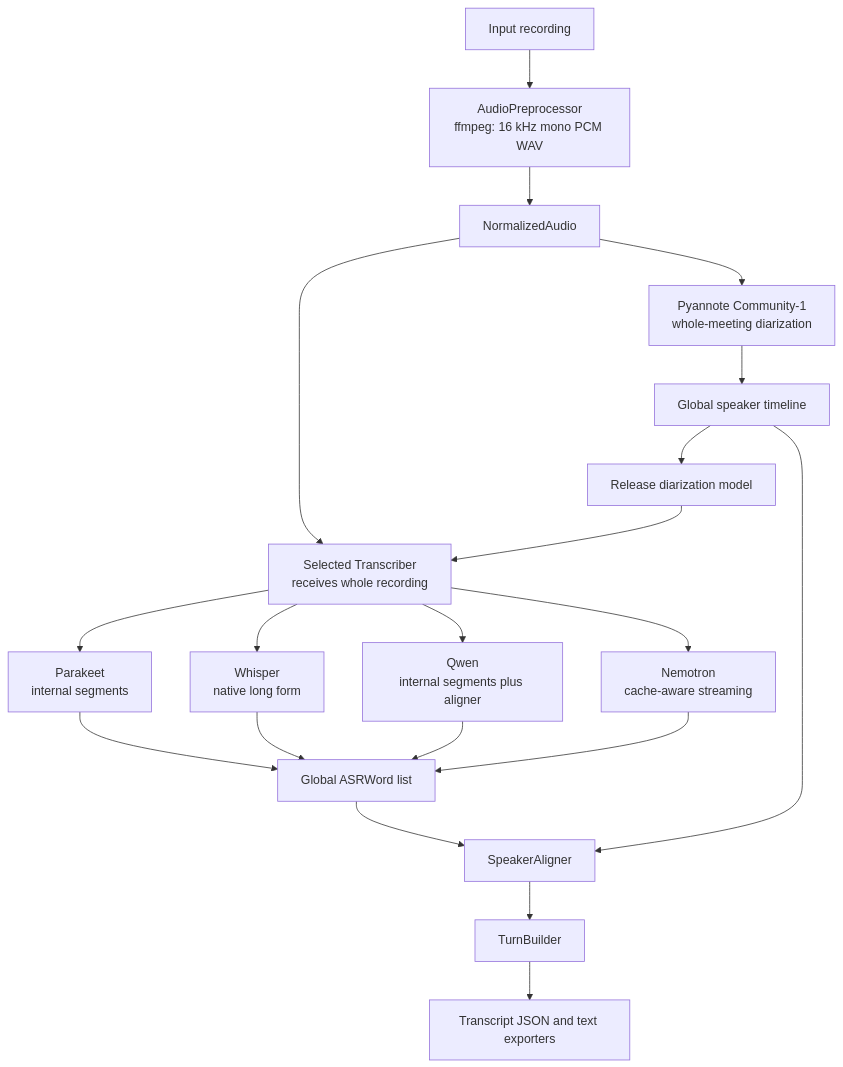
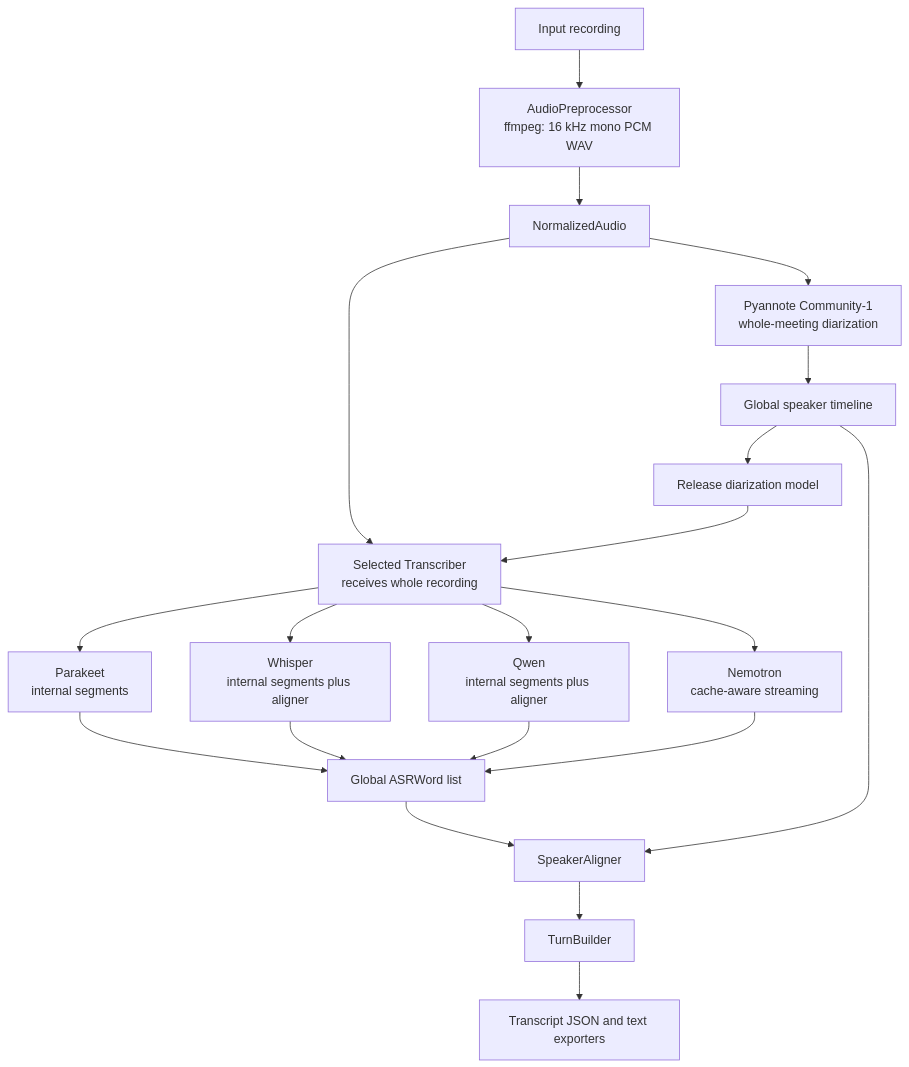
One commit to balex42/transcription-pipeline changed the diagram in README.md. Above: the diagram before and after it, drawn with Mermaid. The commit also changed other lines of this file and 11 other files, not shown here.

````diff
--- a/README.md
+++ b/README.md
@@ -7,22 +7,22 @@
 ```mermaid
 flowchart TD
     input[Input recording] --> normalize[AudioPreprocessor\nffmpeg: 16 kHz mono PCM WAV]
     normalize --> audio[NormalizedAudio]
     audio --> diarize[Pyannote Community-1\nwhole-meeting diarization]
     diarize --> timeline[Global speaker timeline]
     timeline --> release[Release diarization model]
     audio --> transcriber[Selected Transcriber\nreceives whole recording]
     release --> transcriber
     transcriber --> parakeet[Parakeet\ninternal segments]
-    transcriber --> whisper[Whisper\nnative long form]
+    transcriber --> whisper[Whisper\ninternal segments plus aligner]
     transcriber --> qwen[Qwen\ninternal segments plus aligner]
     transcriber --> nemotron[Nemotron\ncache-aware streaming]
     parakeet --> words[Global ASRWord list]
     whisper --> words
     qwen --> words
     nemotron --> words
     words --> align[SpeakerAligner]
     timeline --> align
     align --> turns[TurnBuilder]
     turns --> export[Transcript JSON and text exporters]
 ```
````
